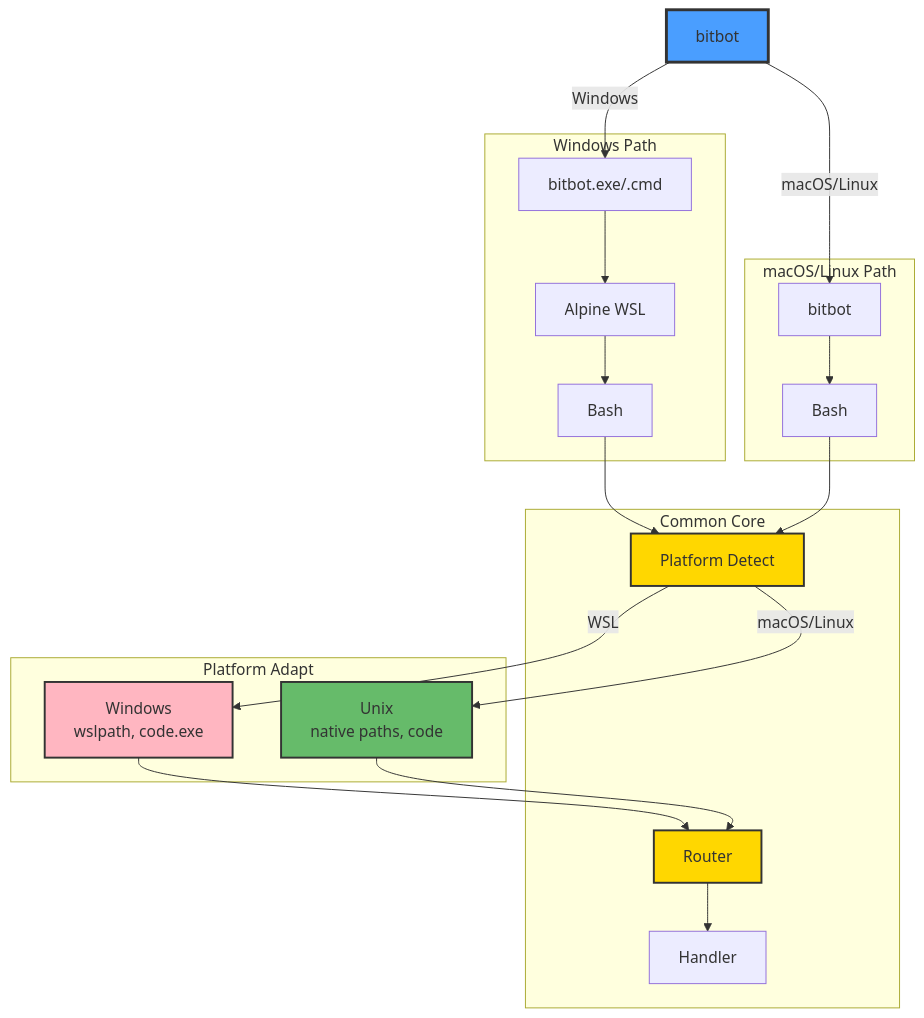
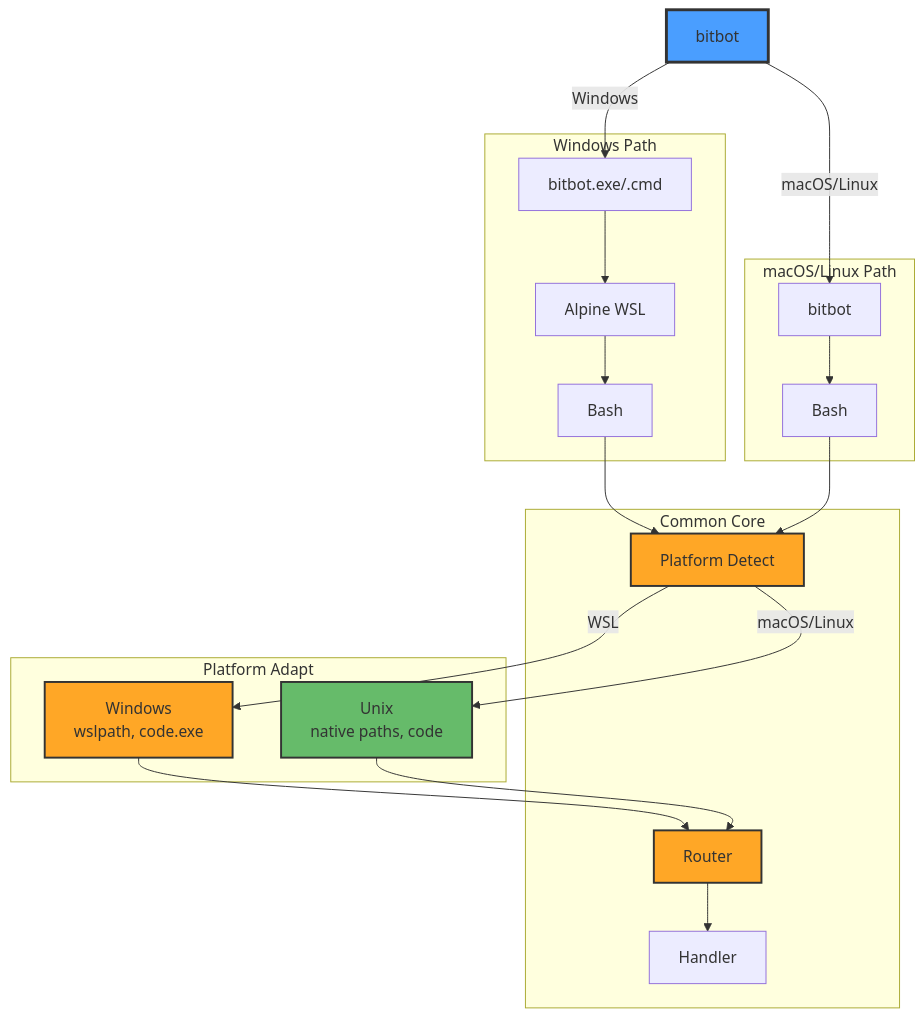
One commit to ManuelKugelmann/BitBot changed the first of 6 diagrams in sparc/3-architecture/diagrams/05-cross-platform-flow.md. Above: the diagram before and after it, drawn with Mermaid. The commit also changed other lines of this file, not shown here.

First line of the commit message:
Apply FLOW_INNER_BITBOT color scheme to diagram 05

````diff
--- a/sparc/3-architecture/diagrams/05-cross-platform-flow.md
+++ b/sparc/3-architecture/diagrams/05-cross-platform-flow.md
@@ -5,50 +5,50 @@
 ```mermaid
 graph TB
     USER[bitbot]
 
     subgraph WIN["Windows Path"]
         WIN_ENTRY[bitbot.exe/.cmd]
         WIN_WSL[Alpine WSL]
         WIN_BASH[Bash]
     end
 
     subgraph UNIX["macOS/Linux Path"]
         UNIX_ENTRY[bitbot]
         UNIX_BASH[Bash]
     end
 
     subgraph CORE["Common Core"]
         DETECT[Platform Detect]
         ROUTER[Router]
         HANDLER[Handler]
     end
 
     subgraph ADAPT["Platform Adapt"]
         WIN_ADAPT[Windows<br/>wslpath, code.exe]
         UNIX_ADAPT[Unix<br/>native paths, code]
     end
 
     USER -->|Windows| WIN_ENTRY
     USER -->|macOS/Linux| UNIX_ENTRY
 
     WIN_ENTRY --> WIN_WSL
     WIN_WSL --> WIN_BASH
     WIN_BASH --> DETECT
 
     UNIX_ENTRY --> UNIX_BASH
     UNIX_BASH --> DETECT
 
     DETECT -->|WSL| WIN_ADAPT
     DETECT -->|macOS/Linux| UNIX_ADAPT
 
     WIN_ADAPT --> ROUTER
     UNIX_ADAPT --> ROUTER
 
     ROUTER --> HANDLER
 
     style USER fill:#4a9eff,stroke:#333,stroke-width:3px
-    style DETECT fill:#ffd700,stroke:#333,stroke-width:2px,color:#333
-    style ROUTER fill:#ffd700,stroke:#333,stroke-width:2px,color:#333
-    style WIN_ADAPT fill:#ffb6c1,stroke:#333,stroke-width:2px,color:#333
+    style DETECT fill:#ffa726,stroke:#333,stroke-width:2px,color:#333
+    style ROUTER fill:#ffa726,stroke:#333,stroke-width:2px,color:#333
+    style WIN_ADAPT fill:#ffa726,stroke:#333,stroke-width:2px,color:#333
     style UNIX_ADAPT fill:#66bb6a,stroke:#333,stroke-width:2px,color:#333
 ```
````
